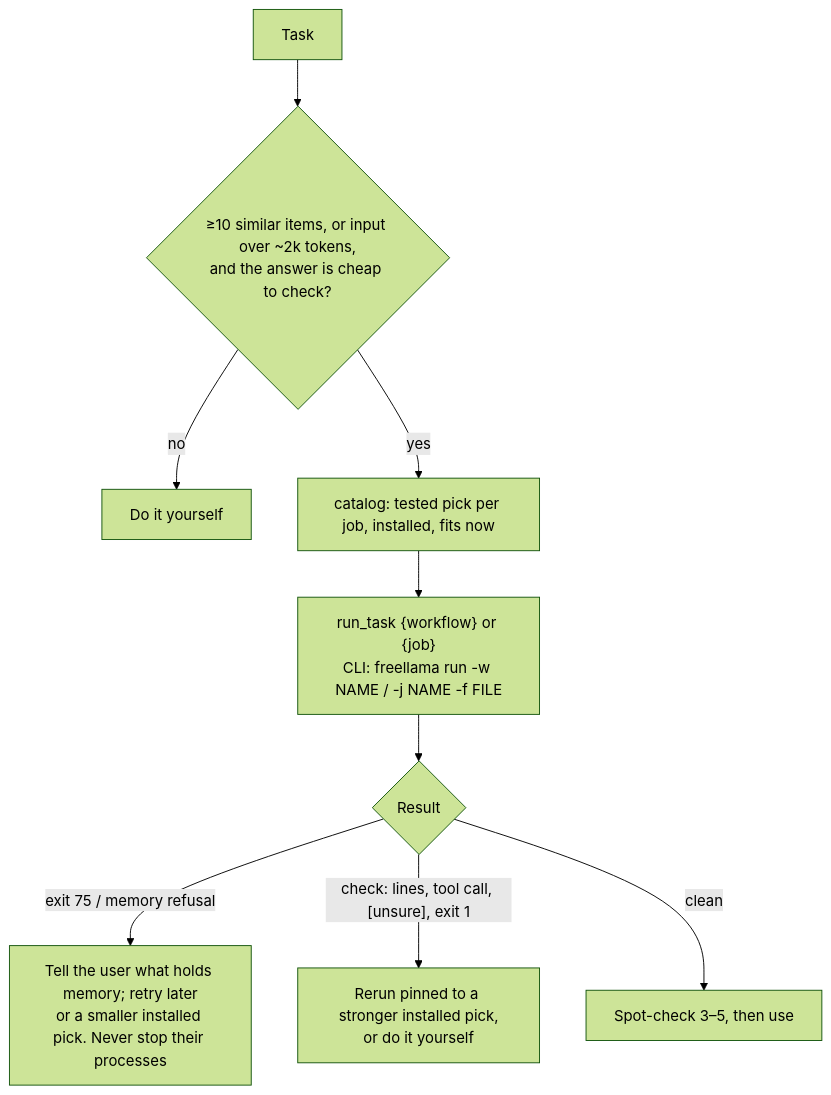
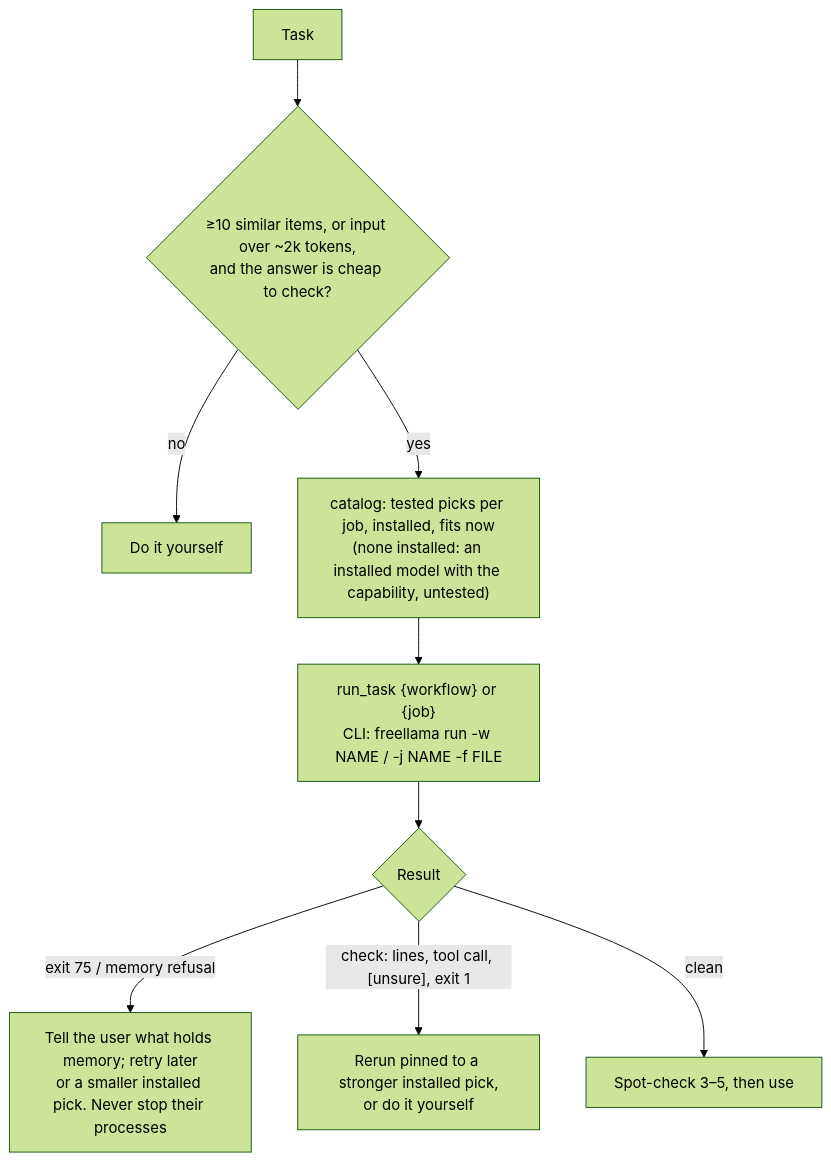
The diagram in skills/freellama/SKILL.md (bgauryy/FreeLlama), drawn with Mermaid (forest theme) before and after one commit. The commit also changed other lines of this file and 24 other files, not shown here.

````diff
--- a/skills/freellama/SKILL.md
+++ b/skills/freellama/SKILL.md
@@ -10,11 +10,11 @@
 ```mermaid
 flowchart TD
   A[Task] --> B{"≥10 similar items, or input over ~2k tokens,<br/>and the answer is cheap to check?"}
   B -- no --> Z[Do it yourself]
-  B -- yes --> C["catalog: tested pick per job, installed, fits now"]
+  B -- yes --> C["catalog: tested picks per job, installed, fits now<br/>(none installed: an installed model with the capability, untested)"]
   C --> D["run_task {workflow} or {job}<br/>CLI: freellama run -w NAME / -j NAME -f FILE"]
   D --> E{"Result"}
   E -- "exit 75 / memory refusal" --> F["Tell the user what holds memory; retry later<br/>or a smaller installed pick. Never stop their processes"]
   E -- "check: lines, tool call, [unsure], exit 1" --> G["Rerun pinned to a stronger installed pick,<br/>or do it yourself"]
   E -- clean --> H["Spot-check 3–5, then use"]
 ```
````
